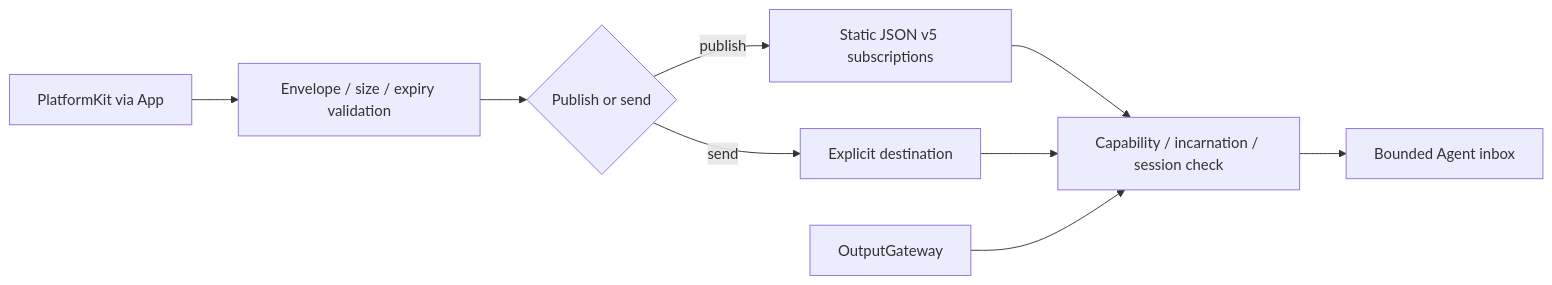
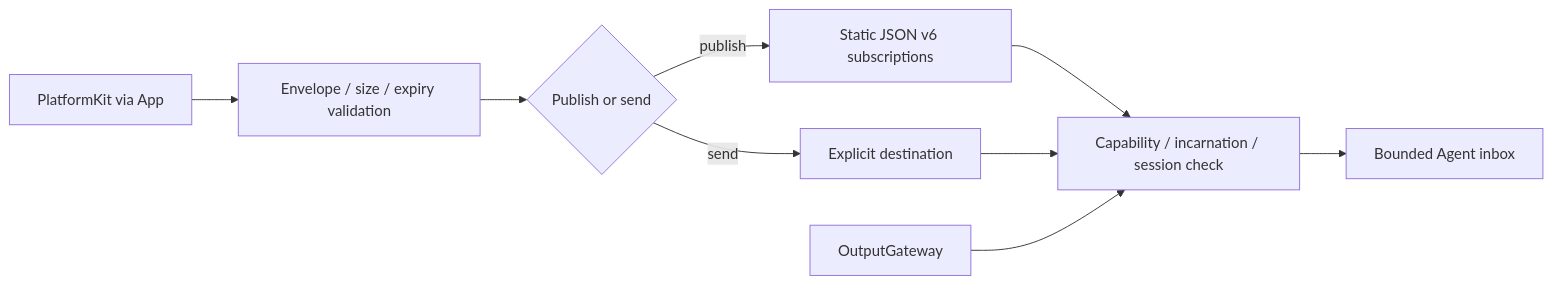
Before and after one commit to devilyouwei/MobileHarness: the first of 3 diagrams in MobileHarness/Gateway/Input/README.md, drawn with Mermaid. The commit also changed other lines of this file and 238 other files, not shown here.

````diff
--- a/MobileHarness/Gateway/Input/README.md
+++ b/MobileHarness/Gateway/Input/README.md
@@ -11,11 +11,11 @@
 ```mermaid
 flowchart LR
     Platform[PlatformKit via App] --> Validate[Envelope / size / expiry validation]
     Validate --> Route{Publish or send}
-    Route -->|publish| Policy[Static JSON v5 subscriptions]
+    Route -->|publish| Policy[Static JSON v6 subscriptions]
     Route -->|send| Target[Explicit destination]
     Policy --> Admit[Capability / incarnation / session check]
     Target --> Admit
     Output[OutputGateway] --> Admit
     Admit --> Inbox[Bounded Agent inbox]
 ```
````
